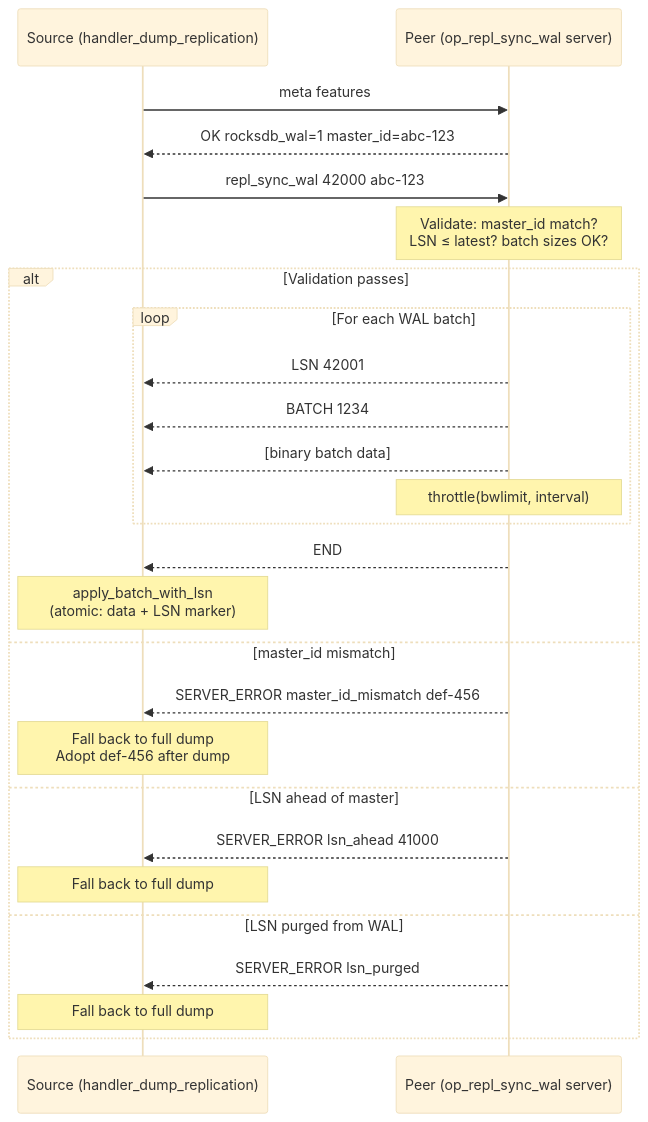
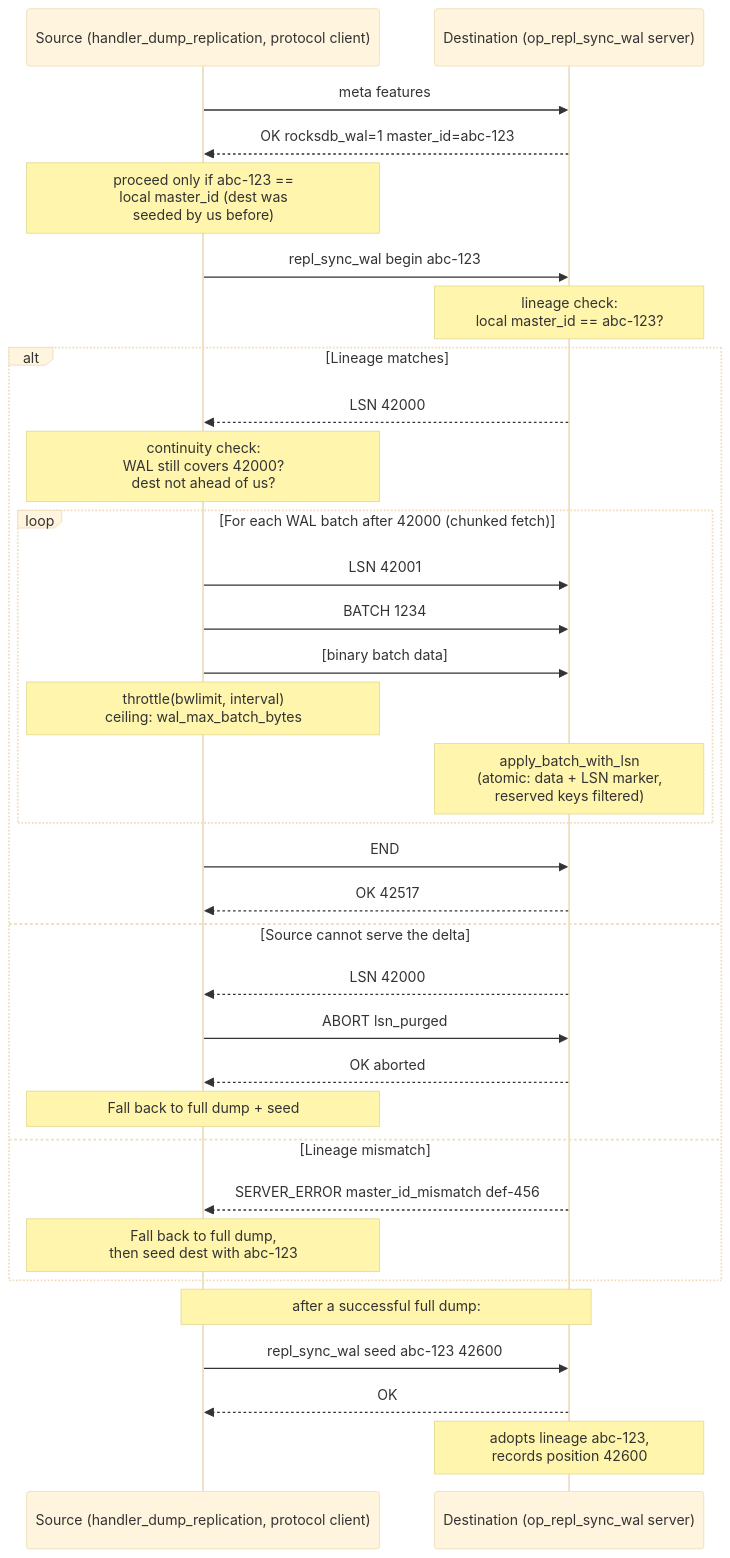
One commit to gree/flare changed the second of 10 diagrams in ROCKSDB_REPLICATION.md. Above: the diagram before and after it, drawn with Mermaid (base theme). The commit also changed other lines of this file and 12 other files, not shown here.

````diff
--- a/ROCKSDB_REPLICATION.md
+++ b/ROCKSDB_REPLICATION.md
@@ -85,31 +93,39 @@
 ```mermaid
 sequenceDiagram
-    participant S as Source (handler_dump_replication)
-    participant P as Peer (op_repl_sync_wal server)
+    participant S as Source (handler_dump_replication, protocol client)
+    participant D as Destination (op_repl_sync_wal server)
 
-    S->>P: meta features
-    P-->>S: OK rocksdb_wal=1 master_id=abc-123
+    S->>D: meta features
+    D-->>S: OK rocksdb_wal=1 master_id=abc-123
+    Note over S: proceed only if abc-123 ==<br/>local master_id (dest was<br/>seeded by us before)
 
-    S->>P: repl_sync_wal 42000 abc-123
-    Note over P: Validate: master_id match?<br/>LSN ≤ latest? batch sizes OK?
+    S->>D: repl_sync_wal begin abc-123
+    Note over D: lineage check:<br/>local master_id == abc-123?
 
-    alt Validation passes
-        loop For each WAL batch
-            P-->>S: LSN 42001
-            P-->>S: BATCH 1234
-            P-->>S: [binary batch data]
-            Note over P: throttle(bwlimit, interval)
+    alt Lineage matches
+        D-->>S: LSN 42000
+        Note over S: continuity check:<br/>WAL still covers 42000?<br/>dest not ahead of us?
+        loop For each WAL batch after 42000 (chunked fetch)
+            S->>D: LSN 42001
+            S->>D: BATCH 1234
+            S->>D: [binary batch data]
+            Note over S: throttle(bwlimit, interval)<br/>ceiling: wal_max_batch_bytes
+            Note over D: apply_batch_with_lsn<br/>(atomic: data + LSN marker,<br/>reserved keys filtered)
         end
-        P-->>S: END
-        Note over S: apply_batch_with_lsn<br/>(atomic: data + LSN marker)
-    else master_id mismatch
-        P-->>S: SERVER_ERROR master_id_mismatch def-456
-        Note over S: Fall back to full dump<br/>Adopt def-456 after dump
-    else LSN ahead of master
-        P-->>S: SERVER_ERROR lsn_ahead 41000
-        Note over S: Fall back to full dump
-    else LSN purged from WAL
-        P-->>S: SERVER_ERROR lsn_purged
-        Note over S: Fall back to full dump
+        S->>D: END
+        D-->>S: OK 42517
+    else Source cannot serve the delta
+        D-->>S: LSN 42000
+        S->>D: ABORT lsn_purged
+        D-->>S: OK aborted
+        Note over S: Fall back to full dump + seed
+    else Lineage mismatch
+        D-->>S: SERVER_ERROR master_id_mismatch def-456
+        Note over S: Fall back to full dump,<br/>then seed dest with abc-123
     end
+
+    Note over S,D: after a successful full dump:
+    S->>D: repl_sync_wal seed abc-123 42600
+    D-->>S: OK
+    Note over D: adopts lineage abc-123,<br/>records position 42600
 ```
````
